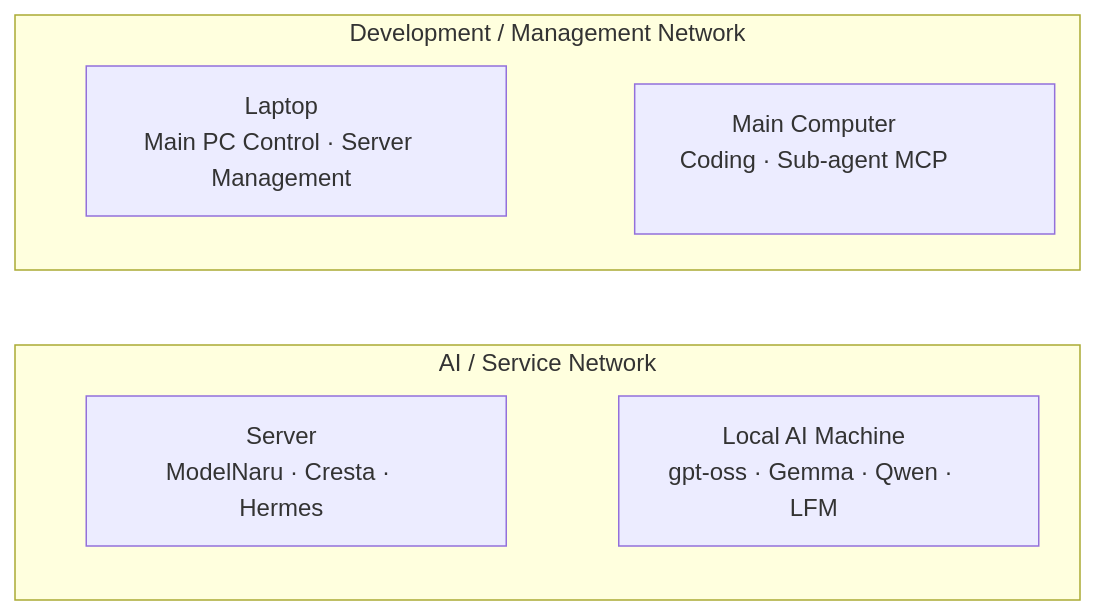
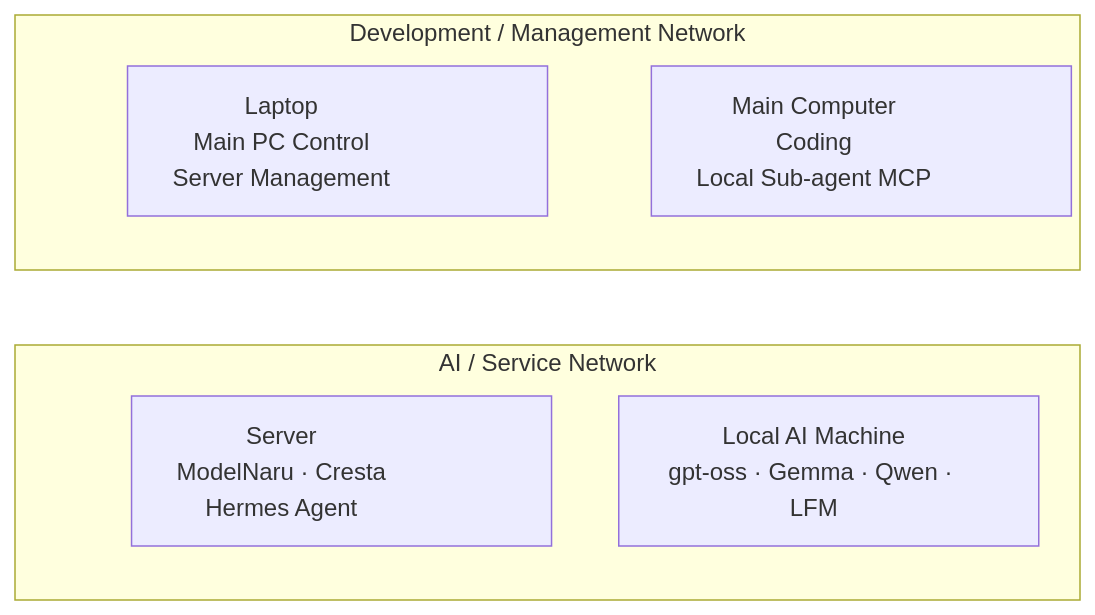
One commit to totjae/portfolio changed the diagram in README.md. Above: the diagram before and after it, drawn with Mermaid.

Commit message:
Update server and main PC descriptions in README

````diff
--- a/README.md
+++ b/README.md
@@ -33,19 +33,19 @@
 ```mermaid
 flowchart LR
     subgraph NET_A["AI / Service Network"]
         direction LR
-        SERVER["Server<br/>ModelNaru · Cresta · Hermes"]
+        SERVER["Server<br/>ModelNaru · Cresta<br/>Hermes Agent"]
         LOCAL_AI["Local AI Machine<br/>gpt-oss · Gemma · Qwen · LFM"]
         SERVER ~~~ LOCAL_AI
     end
 
     subgraph NET_B["Development / Management Network"]
         direction LR
-        LAPTOP["Laptop<br/>Main PC Control · Server Management"]
-        MAIN_PC["Main Computer<br/>Coding · Sub-agent MCP"]
+        LAPTOP["Laptop<br/>Main PC Control<br/>Server Management"]
+        MAIN_PC["Main Computer<br/>Coding<br/>Local Sub-agent MCP"]
         LAPTOP ~~~ MAIN_PC
     end
 
     classDef device width:280px,height:100px;
     class SERVER,LOCAL_AI,LAPTOP,MAIN_PC device;
 ```
````
